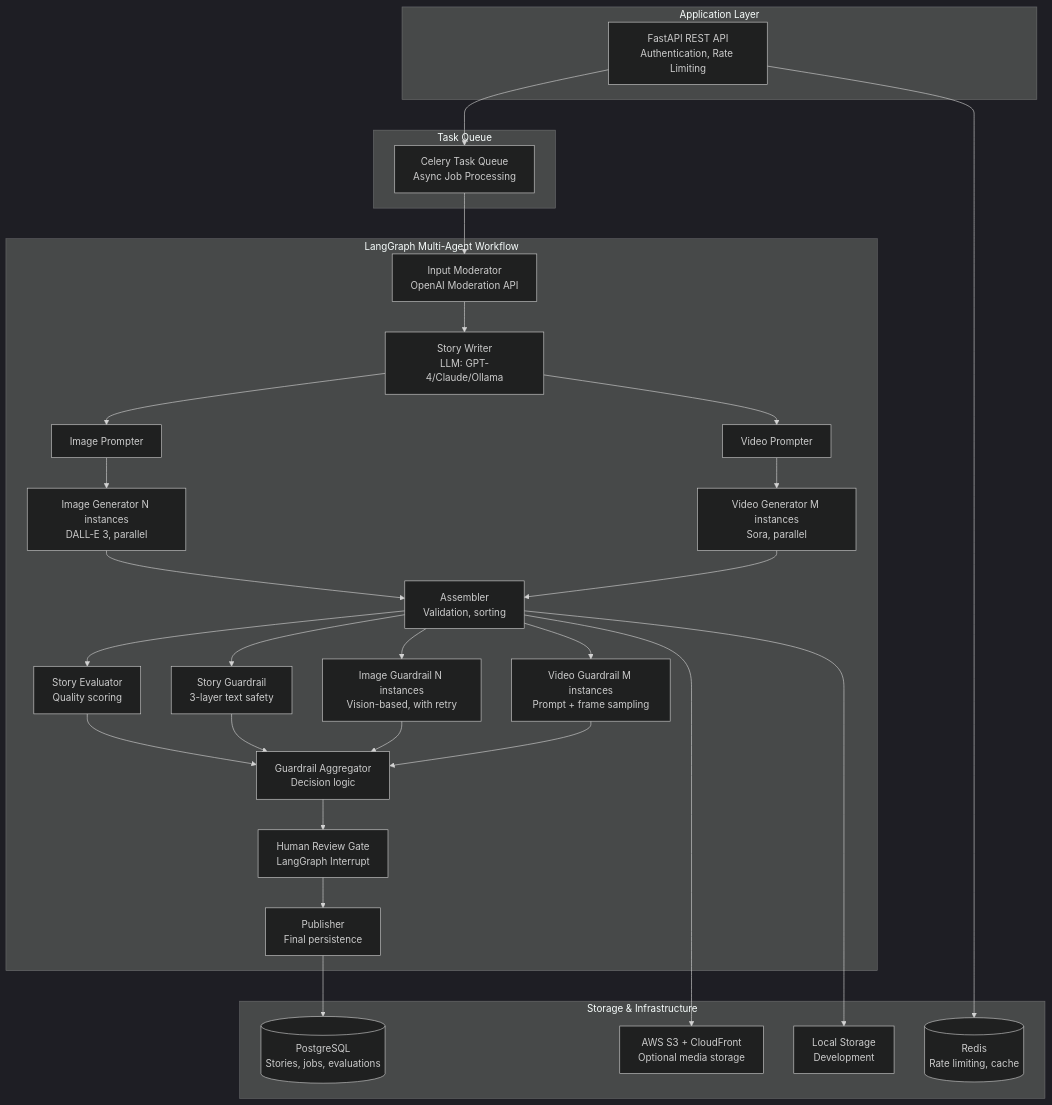
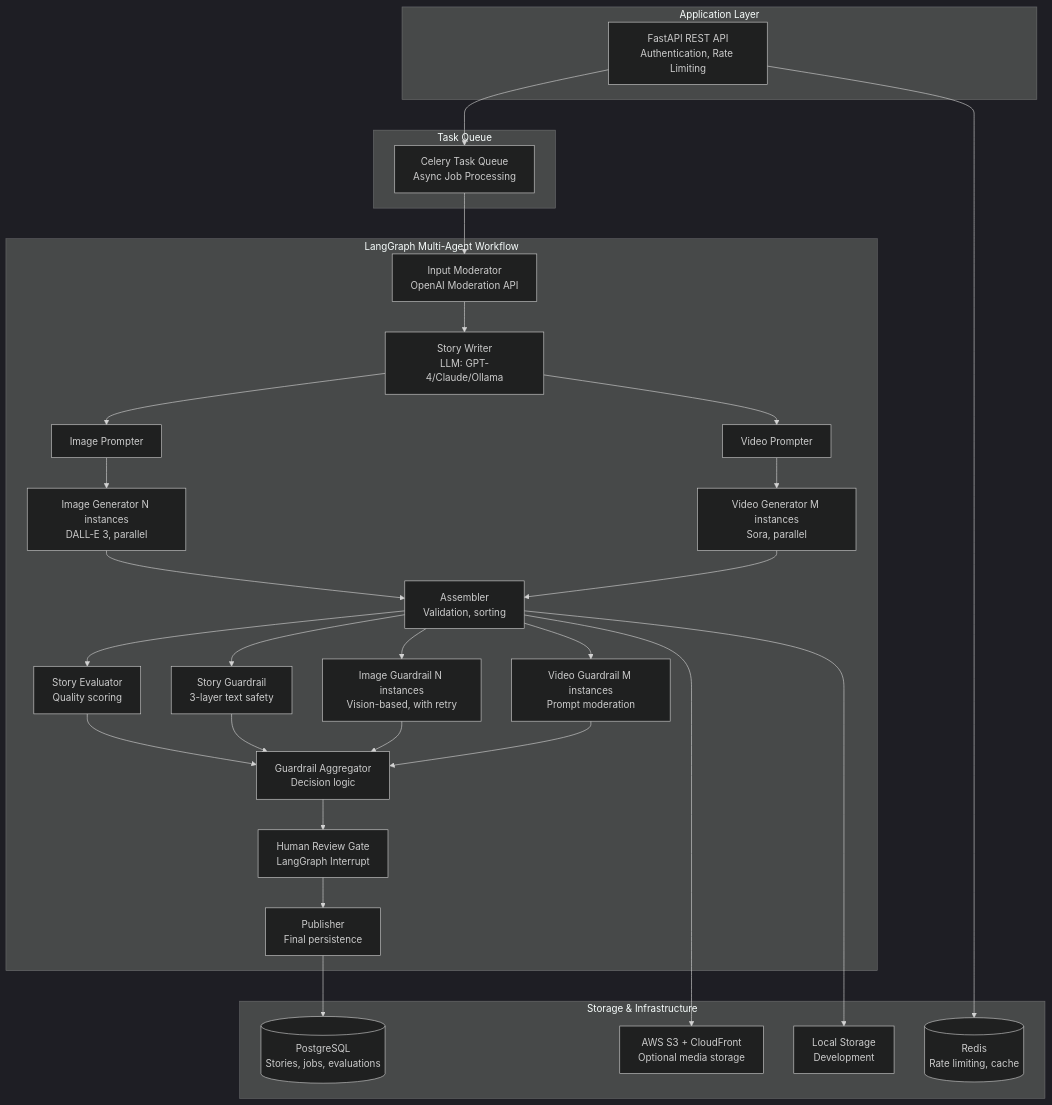
One commit to kanavkalra-in/kids_story_agent changed the diagram in README.md. Above: the diagram before and after it, drawn with Mermaid (dark theme). The commit also changed other lines of this file and 20 other files, not shown here.

````diff
--- a/README.md
+++ b/README.md
@@ -28,59 +28,59 @@
 ```mermaid
 graph TB
     subgraph App["Application Layer"]
         API["FastAPI REST API<br/>Authentication, Rate Limiting"]
     end
     
     subgraph Queue["Task Queue"]
         CELERY["Celery Task Queue<br/>Async Job Processing"]
     end
     
     subgraph Workflow["LangGraph Multi-Agent Workflow"]
         INPUT["Input Moderator<br/>OpenAI Moderation API"]
         STORY["Story Writer<br/>LLM: GPT-4/Claude/Ollama"]
         IMG_PROMPT["Image Prompter"]
         VID_PROMPT["Video Prompter"]
         IMG_GEN["Image Generator N instances<br/>DALL-E 3, parallel"]
         VID_GEN["Video Generator M instances<br/>Sora, parallel"]
         ASSEMBLER["Assembler<br/>Validation, sorting"]
         EVAL["Story Evaluator<br/>Quality scoring"]
         STORY_GUARD["Story Guardrail<br/>3-layer text safety"]
         IMG_GUARD["Image Guardrail N instances<br/>Vision-based, with retry"]
-        VID_GUARD["Video Guardrail M instances<br/>Prompt + frame sampling"]
+        VID_GUARD["Video Guardrail M instances<br/>Prompt moderation"]
         AGGREGATOR["Guardrail Aggregator<br/>Decision logic"]
         REVIEW["Human Review Gate<br/>LangGraph Interrupt"]
         PUBLISHER["Publisher<br/>Final persistence"]
     end
     
     subgraph Storage["Storage & Infrastructure"]
         PG[("PostgreSQL<br/>Stories, jobs, evaluations")]
         REDIS[("Redis<br/>Rate limiting, cache")]
         S3["AWS S3 + CloudFront<br/>Optional media storage"]
         LOCAL["Local Storage<br/>Development"]
     end
     
     API --> CELERY
     CELERY --> INPUT
     INPUT --> STORY
     STORY --> IMG_PROMPT
     STORY --> VID_PROMPT
     IMG_PROMPT --> IMG_GEN
     VID_PROMPT --> VID_GEN
     IMG_GEN --> ASSEMBLER
     VID_GEN --> ASSEMBLER
     ASSEMBLER --> EVAL
     ASSEMBLER --> STORY_GUARD
     ASSEMBLER --> IMG_GUARD
     ASSEMBLER --> VID_GUARD
     EVAL --> AGGREGATOR
     STORY_GUARD --> AGGREGATOR
     IMG_GUARD --> AGGREGATOR
     VID_GUARD --> AGGREGATOR
     AGGREGATOR --> REVIEW
     REVIEW --> PUBLISHER
     
     PUBLISHER --> PG
     API --> REDIS
     ASSEMBLER --> S3
     ASSEMBLER --> LOCAL
 ```
````
